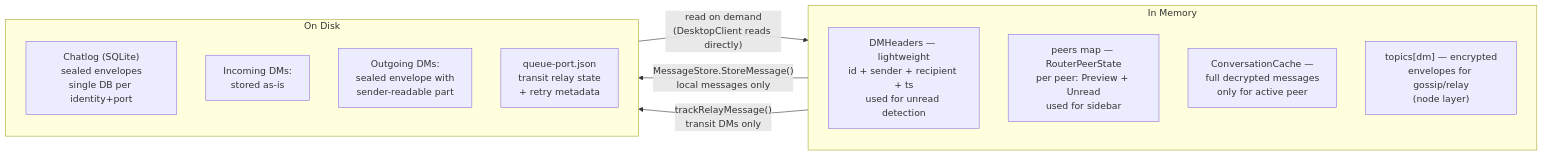
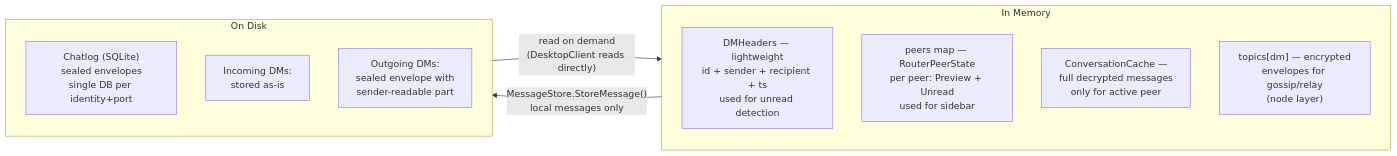
The second of 16 diagrams in docs/chatlog.md (piratecash/corsa), drawn with Mermaid before and after one commit. The commit also changed other lines of this file and 67 other files, not shown here.

````diff
--- a/docs/chatlog.md
+++ b/docs/chatlog.md
@@ -51,22 +49,20 @@
 ```mermaid
 flowchart LR
     subgraph MEM["In Memory"]
         direction TB
         M1["DMHeaders — lightweight\nid + sender + recipient + ts\nused for unread detection"]
         M2["peers map — RouterPeerState\nper peer: Preview + Unread\nused for sidebar"]
         M3["ConversationCache —\nfull decrypted messages\nonly for active peer"]
         M4["topics[dm] — encrypted\nenvelopes for gossip/relay\n(node layer)"]
     end
 
     subgraph DSK["On Disk"]
         direction TB
         D1["Chatlog (SQLite)\nsealed envelopes\nsingle DB per identity+port"]
         D2["Incoming DMs:\nstored as-is"]
         D3["Outgoing DMs:\nsealed envelope with\nsender-readable part"]
-        D4["queue-port.json\ntransit relay state\n+ retry metadata"]
     end
 
     MEM -->|"MessageStore.StoreMessage()\nlocal messages only"| D1
-    MEM -->|"trackRelayMessage()\ntransit DMs only"| D4
     D1 -->|"read on demand\n(DesktopClient reads directly)"| MEM
 ```
````
